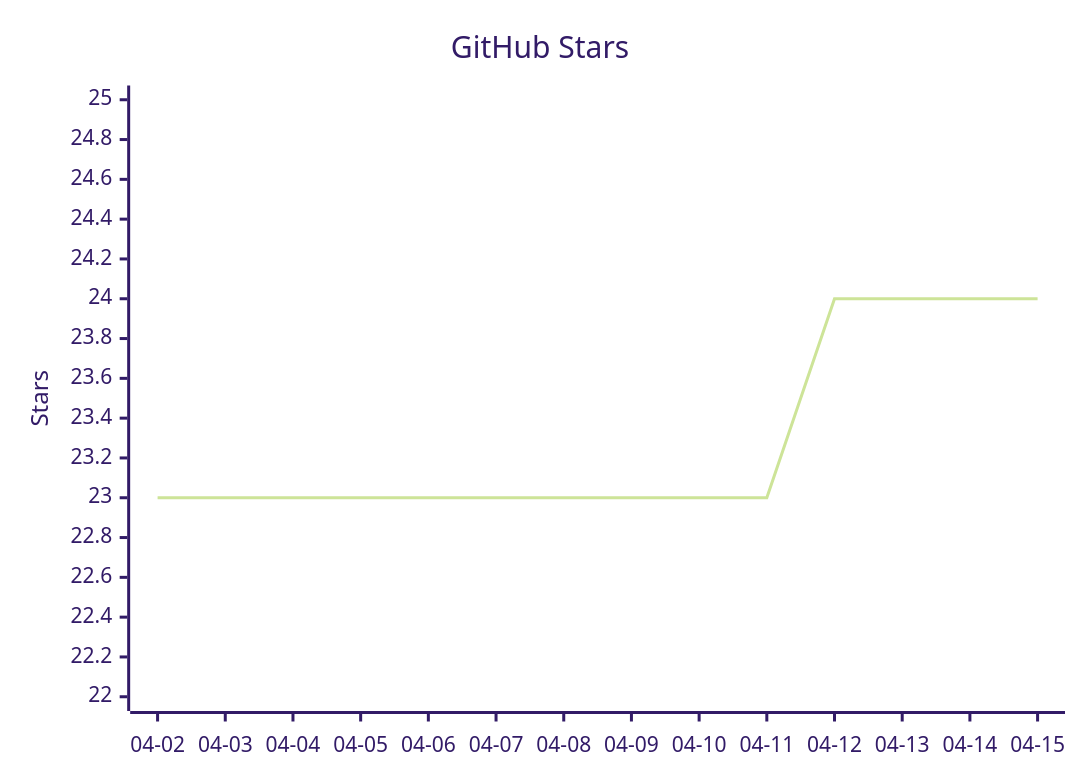
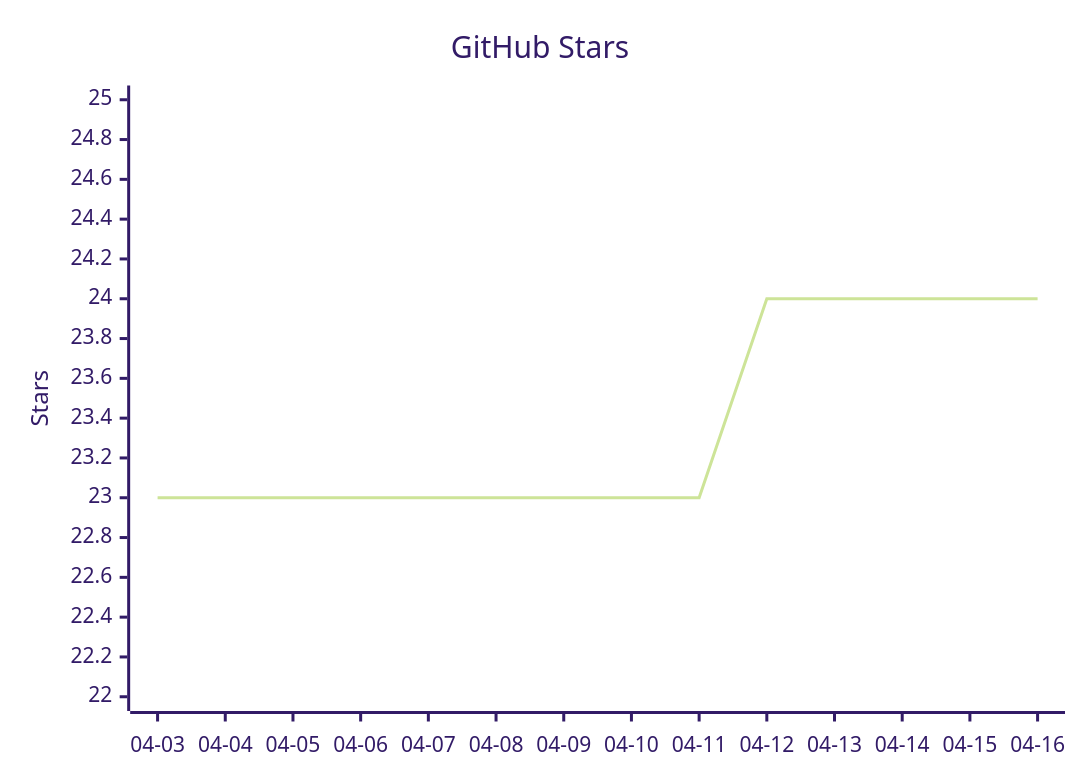
The diagram in README.mbt.md (vectie/moonclaw), drawn with Mermaid (forest theme) before and after one commit. The commit also changed other lines of this file and 1 other file, not shown here.

Commit message:
Update README star growth

````diff
--- a/README.mbt.md
+++ b/README.mbt.md
@@ -486,7 +486,7 @@
 ```mermaid
 xychart-beta
     title "GitHub Stars"
-    x-axis ["04-02","04-03","04-04","04-05","04-06","04-07","04-08","04-09","04-10","04-11","04-12","04-13","04-14","04-15"]
+    x-axis ["04-03","04-04","04-05","04-06","04-07","04-08","04-09","04-10","04-11","04-12","04-13","04-14","04-15","04-16"]
     y-axis "Stars" 22 --> 25
-    line [23,23,23,23,23,23,23,23,23,23,24,24,24,24]
+    line [23,23,23,23,23,23,23,23,23,24,24,24,24,24]
 ```
````
